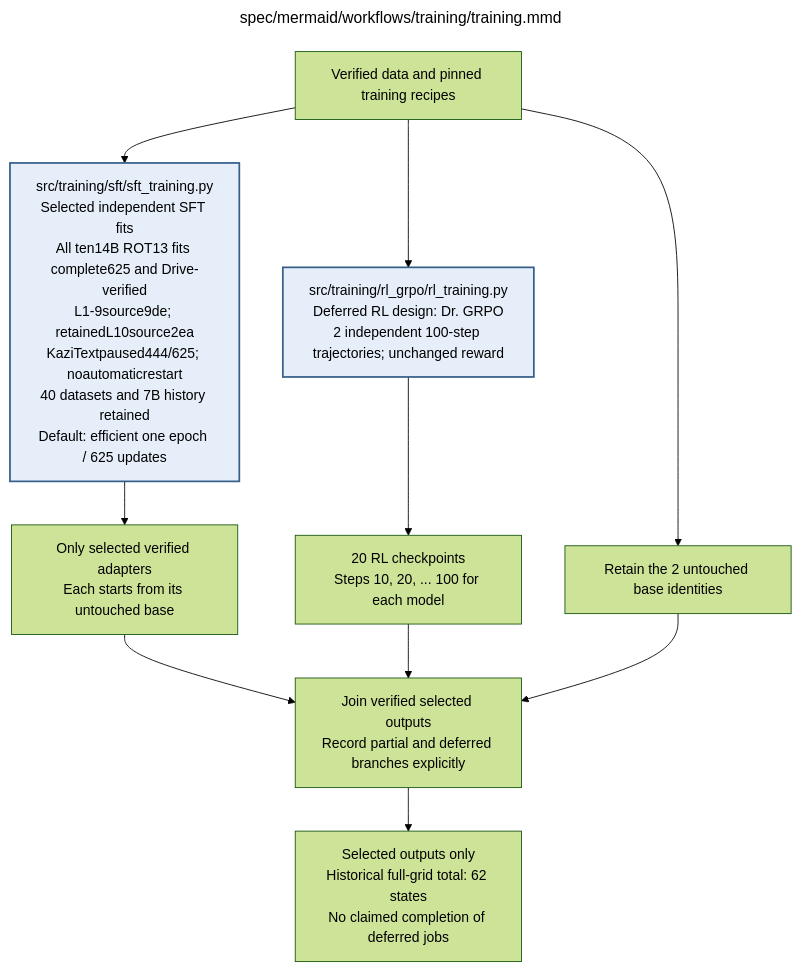
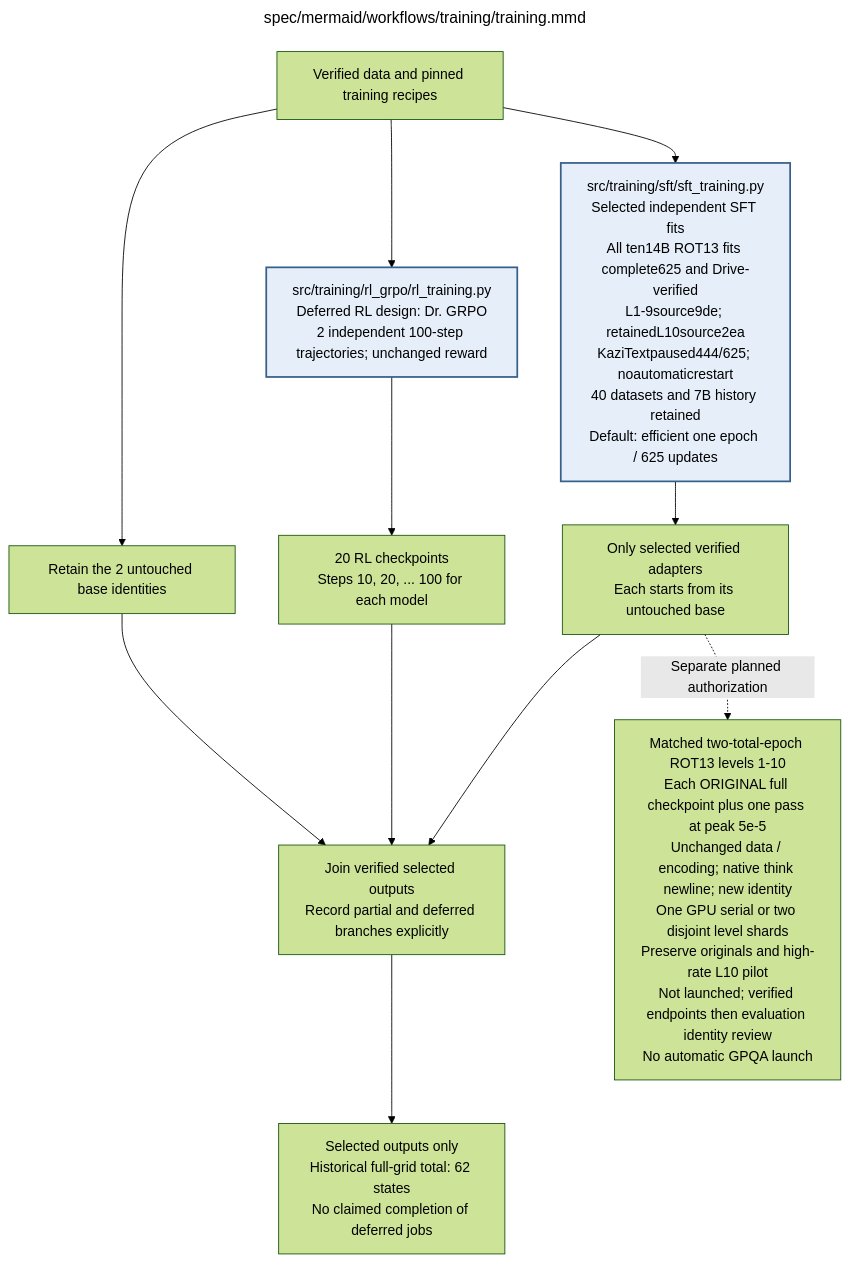
Before and after one commit to AJUNNYC/inducing_persistent_textual_chain_of_thought_illegibility: the diagram in docs/modules/training/training.md, drawn with Mermaid (forest theme). The commit also changed other lines of this file and 19 other files, not shown here.

Commit message:
Document matched two-epoch continuation and verified input staging

````diff
--- a/docs/modules/training/training.md
+++ b/docs/modules/training/training.md
@@ -52,53 +60,55 @@
 ```mermaid
 ---
 title: "spec/mermaid/workflows/training/training.mmd"
 ---
 flowchart TD
 %% Dated13Oct21:38UTC evidence: actualGPQA49/198 complete/Drive verified;133 truncated+3 malformed at3072 tokens.
 %% Current14Oct: allten14B ROT13 fits complete625/Driveverified; L1-9source9de, retainedL10source2ea.
 %% RetainedROT13L10 keeps old2ea4fb9 identity; laterdocumentation cannot relabel executed workers.
 %% Training
 %% Active default: efficient_one_epoch_v1, per explicitly selected SFT condition.
 %% Published policy v2: request physical 2 x 8; capacity fallback 1 x 16, same effective 16.
 %% Actual batch/accumulation/recomputation mode stays fixed throughout each fit and exact resume.
 %% Committed coordinator requires untouched 14B Diamond 198 baseline+verified Drive barrier before 19 new fits.
 %% Executednine-levelROT13queue isCOMPLETE; KaziTextpaused444/625, noautomaticrestart.
 %% Authorization $240 recorded; no inferred new price or rate-based cutoff; explicit deadline/safe pause separate.
 %% Forty datasets available; alltenROT13 fitscomplete, alltenKaziText fitsuncompleted.
 %% Historical$240SFT authorization retained; original GPQA32k controls retained.
 %% 16Oct L10 extra epoch COMPLETE625/cumulative1250/26Driveverified; newL10 GPQA running.
 %% Native128 verified:35new/61old/70base strictcorrect; final70running/full198pending.
 %% Posthoc wordfreq R-only56.50% of alphabetic reasoning words; vocabulary-sensitive,not full coverage.
 %% Legacy full-grid62state accounting is preserved, not an active launch instruction.
+%% Matched two-total-epoch14B ROT13 levels1-10 v2: PLANNED_NOT_LAUNCHED, ownoriginalparents,peak5e-5.
 %% Edit quoted node labels directly; this is native Mermaid.
 %% Execution contract: known faults use bounded recovery; unclassified/persistent faults stop the worker.
 %% Frozen invalid inputs are fatal. Unrecoverable child failures propagate; never release incomplete results.
 %% RL uses the same fixed 800 questions and order for both sizes. Four rollouts form each GRPO group.
 %% Independent SFT family queues run on their own GPUs; RL model trajectories run sequentially.
 %% Exact-condition full checkpoints may resume a run; another level's adapter is never a warm start.
 %% No training-time reasoning ablations. Earlier valid outputs are preserved if a worker stops.
 %% RL uses GRPO with Dr. GRPO loss normalization and the fixed settings in rl_grpo/setup/rl_setup.mmd.
 %% The post-training GPT4o artifact audit does not change the Sonnet two-pass training reward.
 %% Child: SFT => sft/sft_training.mmd
 %% Child: RL => rl_grpo/rl_training.mmd
     INPUT["Verified data and pinned training recipes"]
     SFT["src/training/sft/sft_training.py<br/>Selected independent SFT fits<br/>All ten14B ROT13 fits complete625 and Drive-verified<br/>L1-9source9de; retainedL10source2ea<br/>KaziTextpaused444/625; noautomaticrestart<br/>40 datasets and 7B history retained<br/>Default: efficient one epoch / 625 updates"]
     SFTOUT["Only selected verified adapters<br/>Each starts from its untouched base"]
     RL["src/training/rl_grpo/rl_training.py<br/>Deferred RL design: Dr. GRPO<br/>2 independent 100-step trajectories; unchanged reward"]
     RLOUT["20 RL checkpoints<br/>Steps 10, 20, ... 100 for each model"]
     BASE["Retain the 2 untouched base identities"]
     WAIT["Join verified selected outputs<br/>Record partial and deferred branches explicitly"]
     OUT["Selected outputs only<br/>Historical full-grid total: 62 states<br/>No claimed completion of deferred jobs"]
     INPUT --> SFT --> SFTOUT --> WAIT
     INPUT --> RL --> RLOUT --> WAIT
     INPUT --> BASE --> WAIT
+    SFTOUT -.->|Separate planned authorization| V2["Matched two-total-epoch ROT13 levels 1-10<br/>Each ORIGINAL full checkpoint plus one pass at peak 5e-5<br/>Unchanged data / encoding; native think newline; new identity<br/>One GPU serial or two disjoint level shards<br/>Preserve originals and high-rate L10 pilot<br/>Not launched; verified endpoints then evaluation identity review<br/>No automatic GPQA launch"]
     WAIT --> OUT
     classDef detail fill:#e5eef9,stroke:#365f8a,stroke-width:2px
     class SFT,RL detail
 
 %% Repository module: src/training/training.py
 %% Module documentation: docs/modules/training/training.md
 %% Unit test: tests/unit/training/test_training.py
 %% Owner: coordinator
 %% Source sections: 2; C.2–C.3; E.1.1; E.2.2; H.7,H.9
 ```
````
